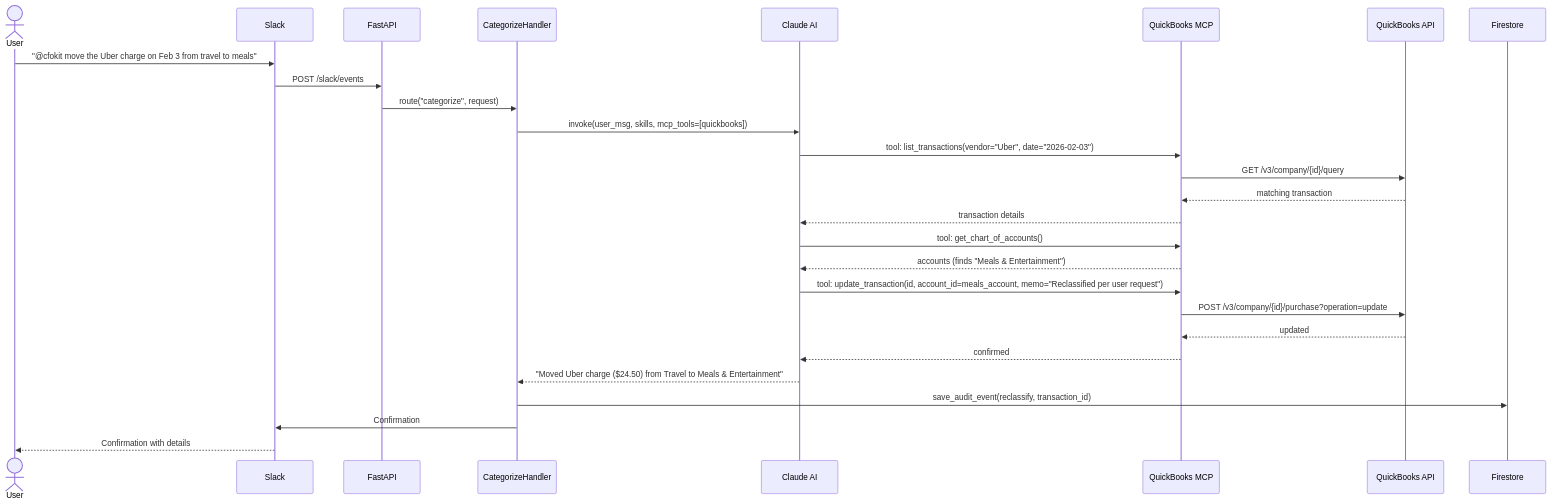
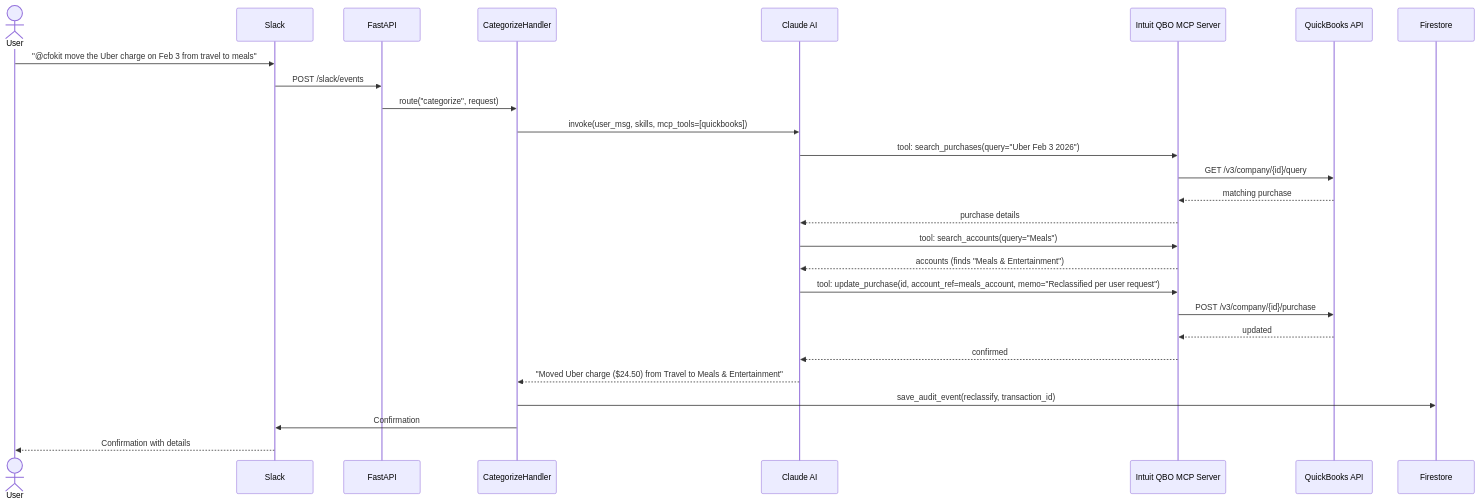
Before and after one commit to cfokit/cfokit: the fifth of 5 diagrams in docs/PRD.md, drawn with Mermaid. The commit also changed other lines of this file and 1 other file, not shown here.

First line of the commit message:
Use Intuit's official QuickBooks MCP server instead of building our own

````diff
--- a/docs/PRD.md
+++ b/docs/PRD.md
@@ -161,33 +164,33 @@
 ```mermaid
 sequenceDiagram
     actor User
     participant Slack
     participant FastAPI
     participant Handler as CategorizeHandler
     participant Claude as Claude AI
-    participant MCP as QuickBooks MCP
+    participant MCP as Intuit QBO MCP Server
     participant QB as QuickBooks API
 
     User->>Slack: "@cfokit move the Uber charge on Feb 3 from travel to meals"
     Slack->>FastAPI: POST /slack/events
     FastAPI->>Handler: route("categorize", request)
     Handler->>Claude: invoke(user_msg, skills, mcp_tools=[quickbooks])
 
-    Claude->>MCP: tool: list_transactions(vendor="Uber", date="2026-02-03")
+    Claude->>MCP: tool: search_purchases(query="Uber Feb 3 2026")
     MCP->>QB: GET /v3/company/{id}/query
-    QB-->>MCP: matching transaction
-    MCP-->>Claude: transaction details
+    QB-->>MCP: matching purchase
+    MCP-->>Claude: purchase details
 
-    Claude->>MCP: tool: get_chart_of_accounts()
+    Claude->>MCP: tool: search_accounts(query="Meals")
     MCP-->>Claude: accounts (finds "Meals & Entertainment")
 
-    Claude->>MCP: tool: update_transaction(id, account_id=meals_account, memo="Reclassified per user request")
-    MCP->>QB: POST /v3/company/{id}/purchase?operation=update
+    Claude->>MCP: tool: update_purchase(id, account_ref=meals_account, memo="Reclassified per user request")
+    MCP->>QB: POST /v3/company/{id}/purchase
     QB-->>MCP: updated
     MCP-->>Claude: confirmed
 
     Claude-->>Handler: "Moved Uber charge ($24.50) from Travel to Meals & Entertainment"
     Handler->>Firestore: save_audit_event(reclassify, transaction_id)
     Handler->>Slack: Confirmation
     Slack-->>User: Confirmation with details
 ```
````
